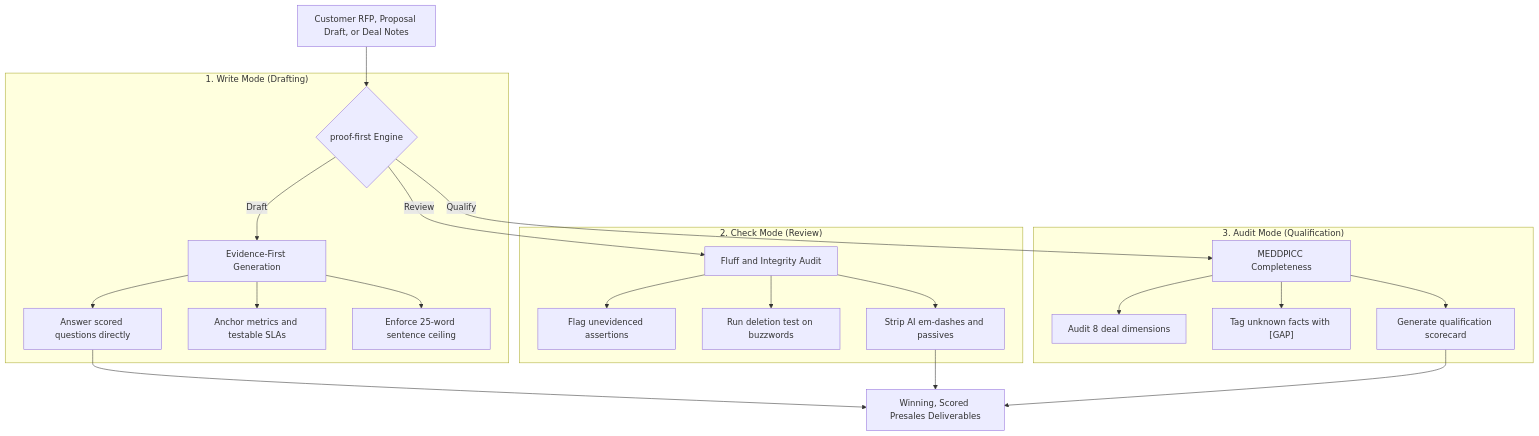
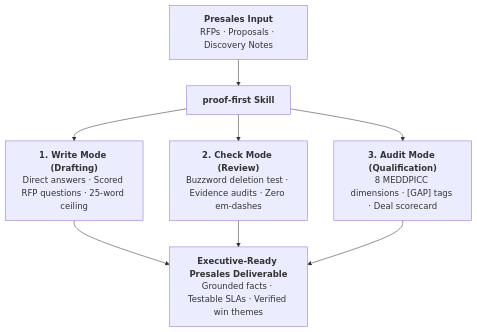
One commit to cymarechal/proof-first changed the diagram in README.md. Above: the diagram before and after it, drawn with Mermaid. The commit also changed other lines of this file, not shown here.

Commit message:
docs(readme): polish before-after cards, simplify Mermaid diagram, and collapse benchmark details

````diff
--- a/README.md
+++ b/README.md
@@ -37,29 +49,12 @@
 ```mermaid
-flowchart TD
-    In["Customer RFP, Proposal Draft, or Deal Notes"] --> Engine{"proof-first Engine"}
+graph TD
+    A["<b>Presales Input</b><br/>RFPs · Proposals · Discovery Notes"] --> B["<b>proof-first Skill</b>"]
     
-    subgraph S1["1. Write Mode (Drafting)"]
-        Engine -->|Draft| W["Evidence-First Generation"]
-        W --> W1["Answer scored questions directly"]
-        W --> W2["Anchor metrics and testable SLAs"]
-        W --> W3["Enforce 25-word sentence ceiling"]
-    end
+    B --> C["<b>1. Write Mode (Drafting)</b><br/>Direct answers · Scored RFP questions · 25-word ceiling"]
+    B --> D["<b>2. Check Mode (Review)</b><br/>Buzzword deletion test · Evidence audits · Zero em-dashes"]
+    B --> E["<b>3. Audit Mode (Qualification)</b><br/>8 MEDDPICC dimensions · [GAP] tags · Deal scorecard"]
     
-    subgraph S2["2. Check Mode (Review)"]
-        Engine -->|Review| C["Fluff and Integrity Audit"]
-        C --> C1["Flag unevidenced assertions"]
-        C --> C2["Run deletion test on buzzwords"]
-        C --> C3["Strip AI em-dashes and passives"]
-    end
-    
-    subgraph S3["3. Audit Mode (Qualification)"]
-        Engine -->|Qualify| M["MEDDPICC Completeness"]
-        M --> M1["Audit 8 deal dimensions"]
-        M --> M2["Tag unknown facts with [GAP]"]
-        M --> M3["Generate qualification scorecard"]
-    end
-    
-    W1 --> Out["Winning, Scored Presales Deliverables"]
-    C3 --> Out
-    M3 --> Out
+    C --> F["<b>Executive-Ready Presales Deliverable</b><br/>Grounded facts · Testable SLAs · Verified win themes"]
+    D --> F
+    E --> F
 ```
````
